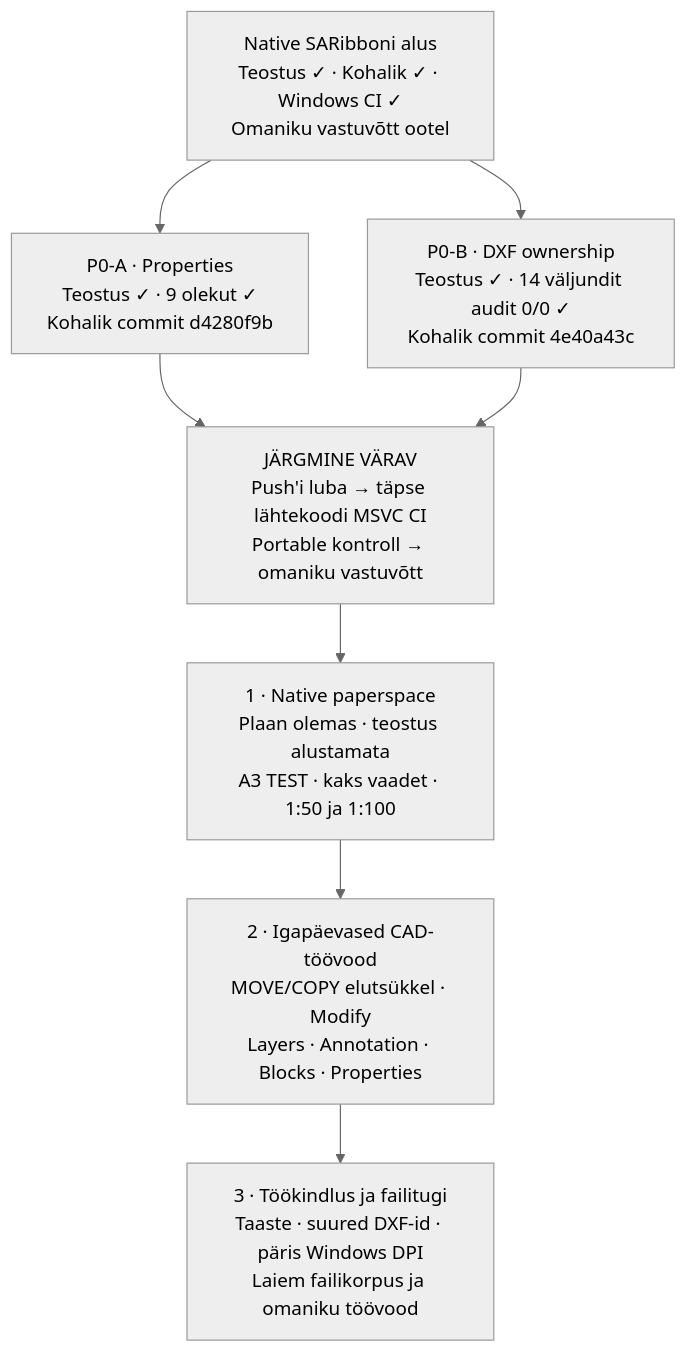
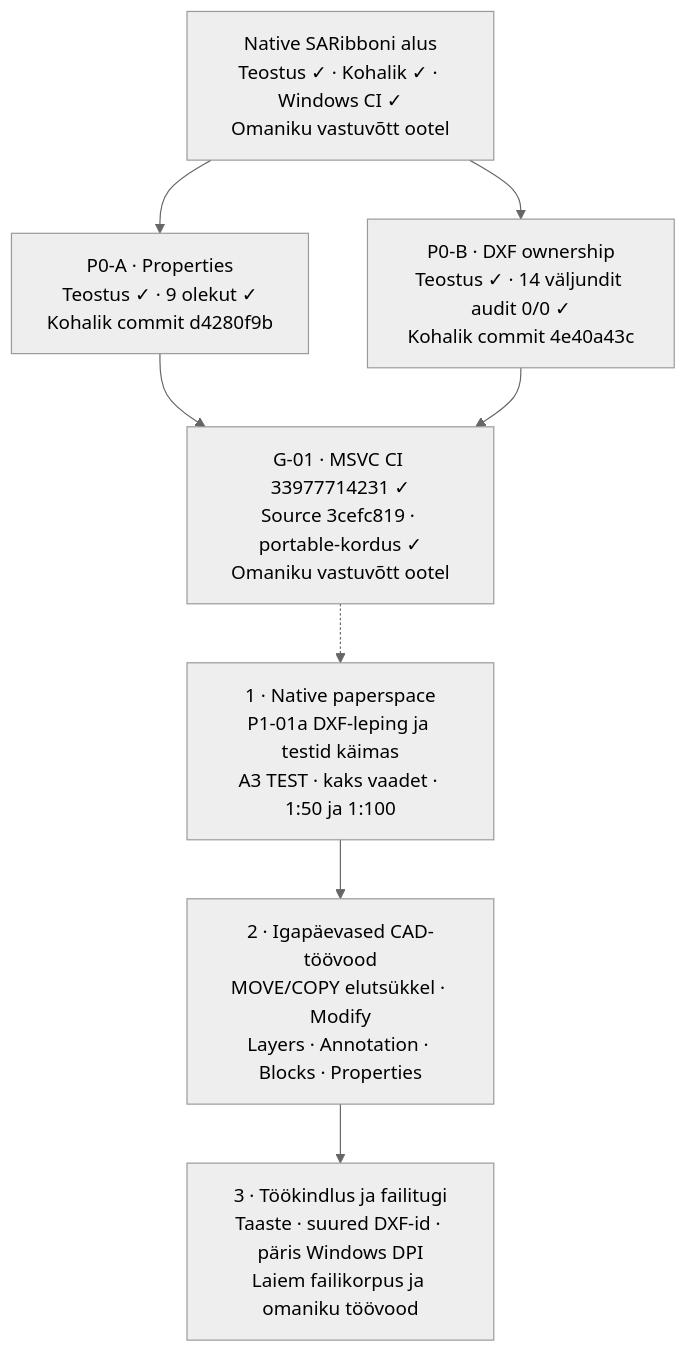
One commit to T3stin-svg/kuubik-draw-native changed the first of 2 diagrams in docs/ROADMAP.md. Above: the diagram before and after it, drawn with Mermaid (neutral theme). The commit also changed other lines of this file and 14 other files, not shown here.

Commit message:
feat(dxf): preserve viewport camera records with native regression checks

````diff
--- a/docs/ROADMAP.md
+++ b/docs/ROADMAP.md
@@ -10,15 +14,16 @@
 ```mermaid
 flowchart TD
     UI["Native SARibboni alus<br/>Teostus ✓ · Kohalik ✓ · Windows CI ✓<br/>Omaniku vastuvõtt ootel"]
     A["P0-A · Properties<br/>Teostus ✓ · 9 olekut ✓<br/>Kohalik commit d4280f9b"]
     B["P0-B · DXF ownership<br/>Teostus ✓ · 14 väljundit audit 0/0 ✓<br/>Kohalik commit 4e40a43c"]
-    G["JÄRGMINE VÄRAV<br/>Push'i luba → täpse lähtekoodi MSVC CI<br/>Portable kontroll → omaniku vastuvõtt"]
-    P["1 · Native paperspace<br/>Plaan olemas · teostus alustamata<br/>A3 TEST · kaks vaadet · 1:50 ja 1:100"]
+    G["G-01 · MSVC CI 33977714231 ✓<br/>Source 3cefc819 · portable-kordus ✓<br/>Omaniku vastuvõtt ootel"]
+    P["1 · Native paperspace<br/>P1-01a DXF-leping ja testid käimas<br/>A3 TEST · kaks vaadet · 1:50 ja 1:100"]
     C["2 · Igapäevased CAD-töövood<br/>MOVE/COPY elutsükkel · Modify<br/>Layers · Annotation · Blocks · Properties"]
     R["3 · Töökindlus ja failitugi<br/>Taaste · suured DXF-id · päris Windows DPI<br/>Laiem failikorpus ja omaniku töövood"]
     UI --> A
     UI --> B
     A --> G
     B --> G
-    G --> P --> C --> R
+    G -.-> P
+    P --> C --> R
 ```
````
